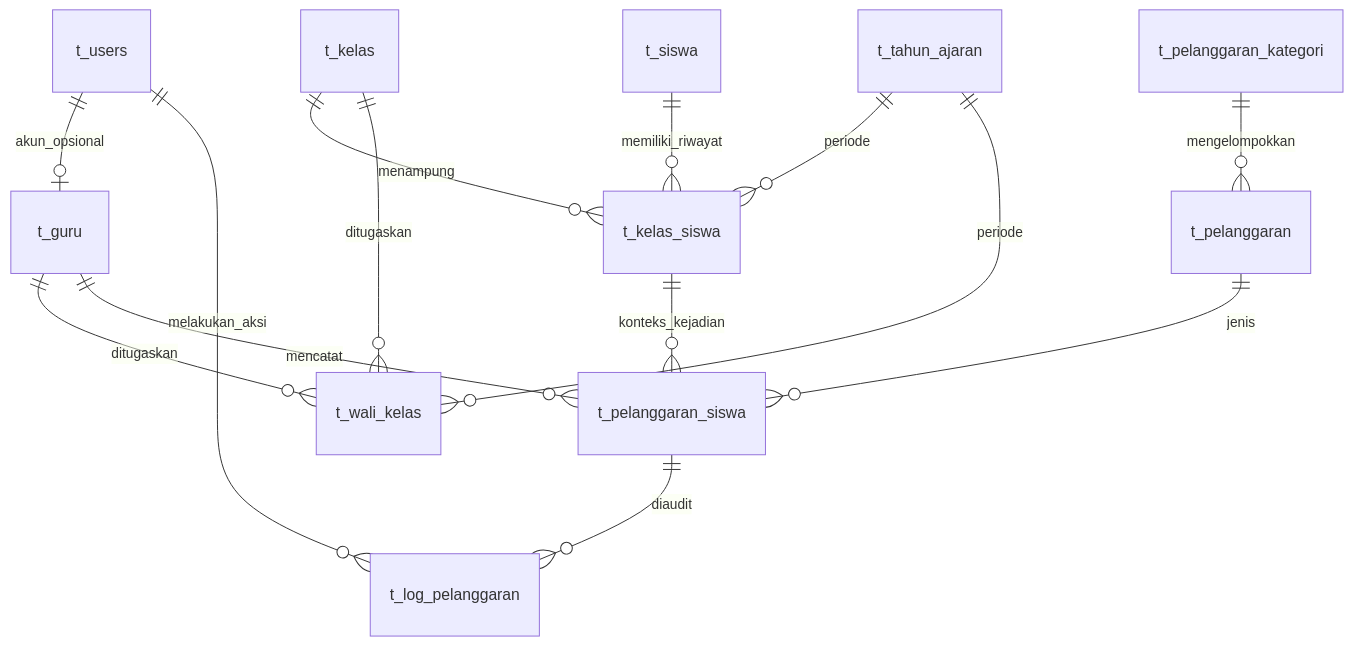
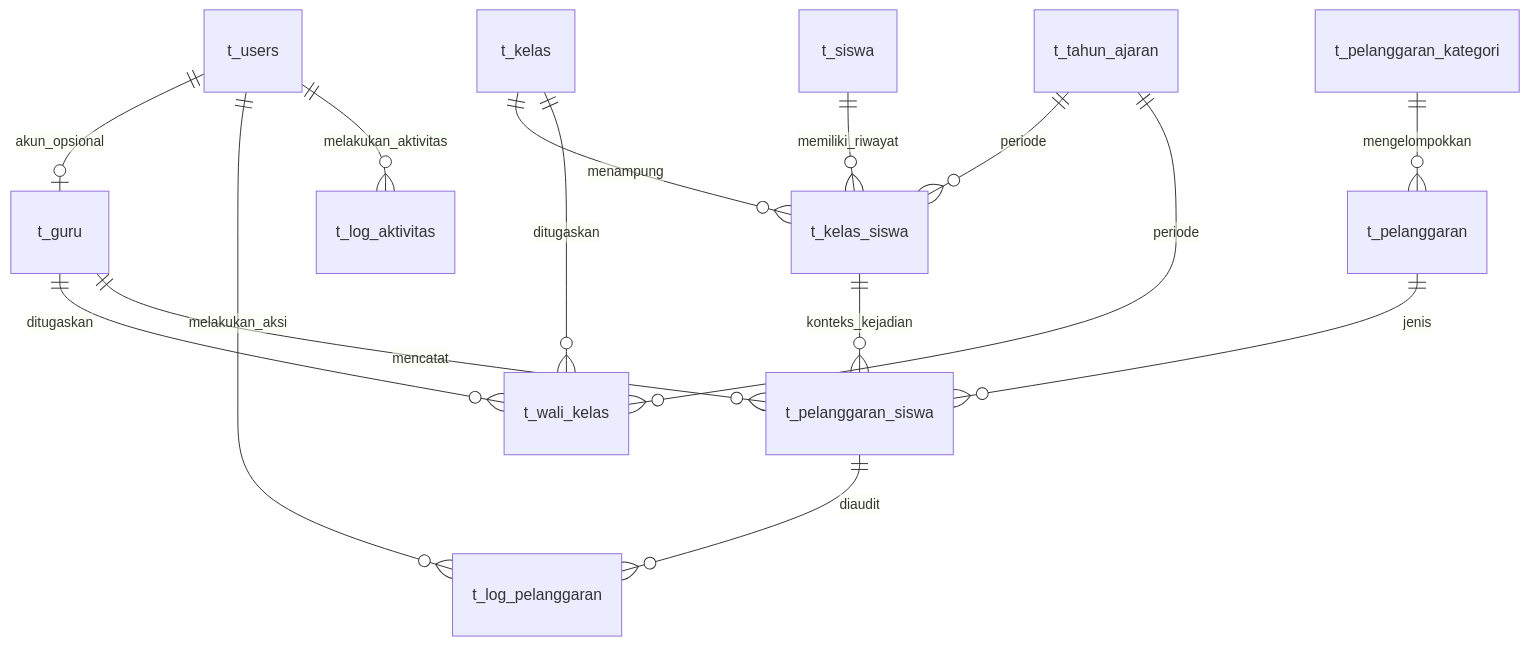
One commit to aditgaming1111111-jpg/UKK-2026 changed the diagram in docs/belajar-sekolahku/02-database-mysql.md. Above: the diagram before and after it, drawn with Mermaid. The commit also changed other lines of this file and 8 other files, not shown here.

````diff
--- a/docs/belajar-sekolahku/02-database-mysql.md
+++ b/docs/belajar-sekolahku/02-database-mysql.md
@@ -85,16 +92,17 @@
 ```mermaid
 erDiagram
     t_users ||--o| t_guru : akun_opsional
     t_users ||--o{ t_log_pelanggaran : melakukan_aksi
+    t_users ||--o{ t_log_aktivitas : melakukan_aktivitas
     t_guru ||--o{ t_wali_kelas : ditugaskan
     t_guru ||--o{ t_pelanggaran_siswa : mencatat
     t_siswa ||--o{ t_kelas_siswa : memiliki_riwayat
     t_kelas ||--o{ t_kelas_siswa : menampung
     t_tahun_ajaran ||--o{ t_kelas_siswa : periode
     t_kelas ||--o{ t_wali_kelas : ditugaskan
     t_tahun_ajaran ||--o{ t_wali_kelas : periode
     t_pelanggaran_kategori ||--o{ t_pelanggaran : mengelompokkan
     t_kelas_siswa ||--o{ t_pelanggaran_siswa : konteks_kejadian
     t_pelanggaran ||--o{ t_pelanggaran_siswa : jenis
     t_pelanggaran_siswa ||--o{ t_log_pelanggaran : diaudit
 ```
````
